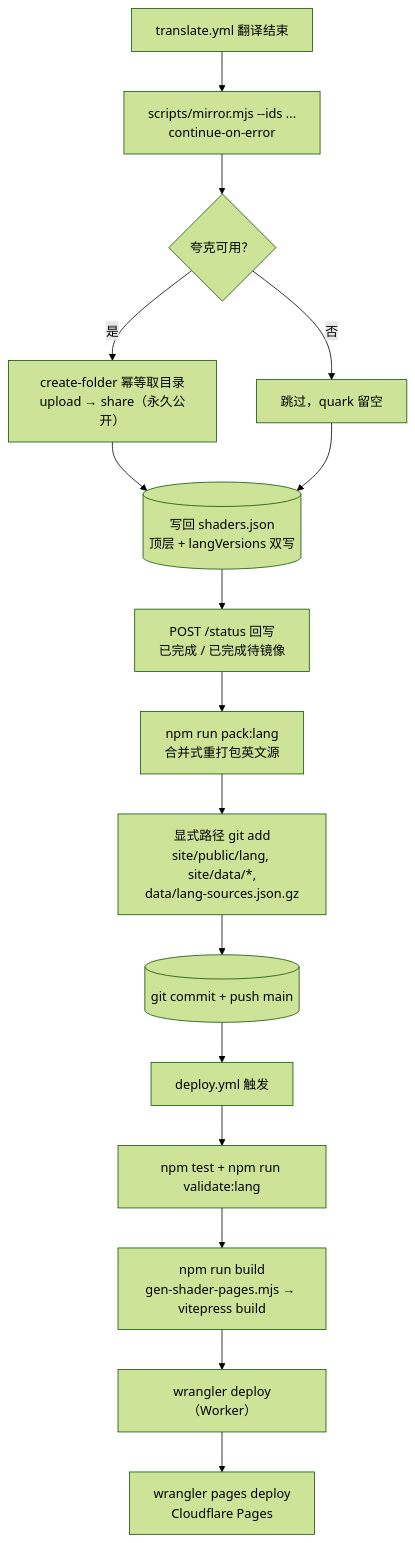
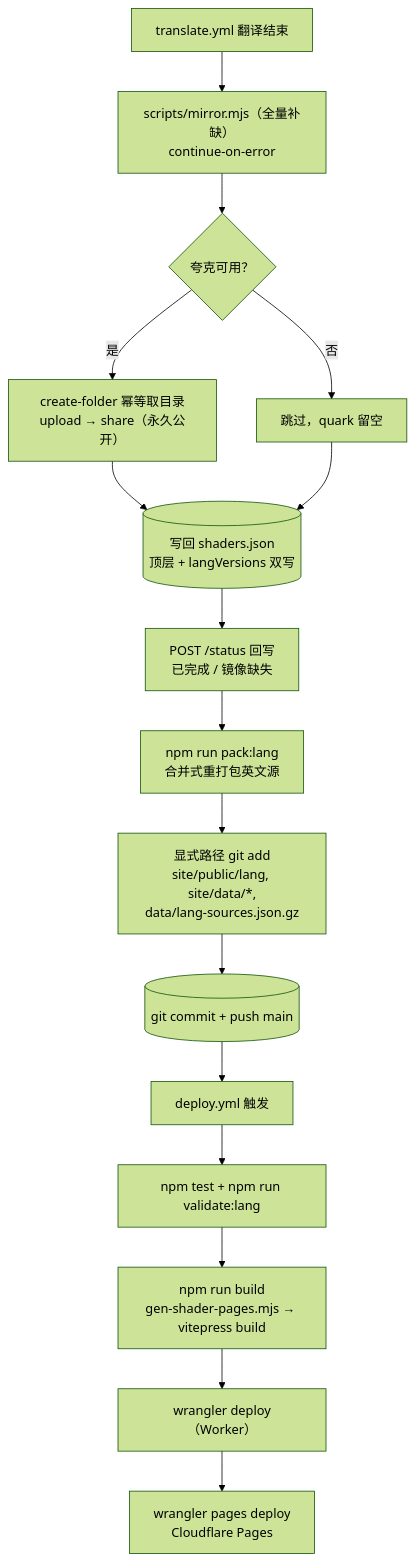
Before and after one commit to Kalloer1/shader-i18n-site: the third of 5 diagrams in FLOW.md, drawn with Mermaid (forest theme). The commit also changed other lines of this file and 3 other files, not shown here.

Commit message:
feat: 状态「已完成待镜像」改为「镜像缺失」，镜像步骤改全量模式自动补历史缺口

````diff
--- a/FLOW.md
+++ b/FLOW.md
@@ -86,19 +86,19 @@
 ```mermaid
 flowchart TD
-    TY["translate.yml 翻译结束"] --> MIR["scripts/mirror.mjs --ids ...<br/>continue-on-error"]
+    TY["translate.yml 翻译结束"] --> MIR["scripts/mirror.mjs（全量补缺）<br/>continue-on-error"]
     MIR --> Q{"夸克可用？"}
     Q -->|"是"| QU["create-folder 幂等取目录<br/>upload → share（永久公开）"]
     Q -->|"否"| SKIPQ["跳过，quark 留空"]
     QU --> WRITE[("写回 shaders.json<br/>顶层 + langVersions 双写")]
     SKIPQ --> WRITE
-    WRITE --> ST2["POST /status 回写<br/>已完成 / 已完成待镜像"]
+    WRITE --> ST2["POST /status 回写<br/>已完成 / 镜像缺失"]
 
     ST2 --> PACK["npm run pack:lang<br/>合并式重打包英文源"]
     PACK --> COMMIT["显式路径 git add<br/>site/public/lang, site/data/*,<br/>data/lang-sources.json.gz"]
     COMMIT --> PUSH[("git commit + push main")]
     PUSH --> DEPLOY["deploy.yml 触发"]
     DEPLOY --> GATE2["npm test + npm run validate:lang"]
     GATE2 --> BUILD["npm run build<br/>gen-shader-pages.mjs → vitepress build"]
     BUILD --> WORKER["wrangler deploy（Worker）"]
     WORKER --> PAGES["wrangler pages deploy<br/>Cloudflare Pages"]
 ```
````
